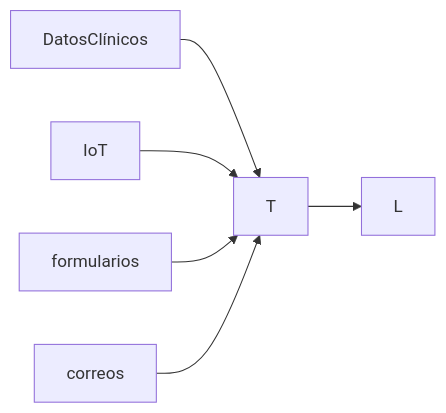
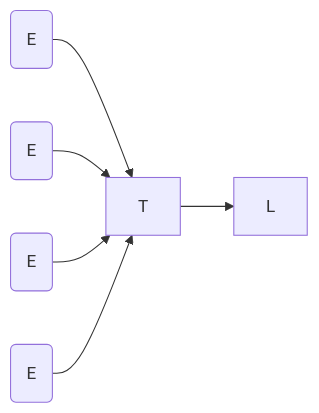
One commit to git-jrm/ing-datos-M5 changed the first of 5 diagrams in README.md. Above: the diagram before and after it, drawn with Mermaid. The commit also changed other lines of this file, not shown here.

````diff
--- a/README.md
+++ b/README.md
@@ -41,8 +41,8 @@
 ```mermaid
 graph LR;
-  DatosClínicos-->T;
-  IoT-->T;
-  formularios-->T;
-  correos-->T;
+  DatosClínicos(E)-->T;
+  IoT(E)-->T;
+  formularios(E)-->T;
+  correos(E)-->T;
   T-->L;
 ```
````
